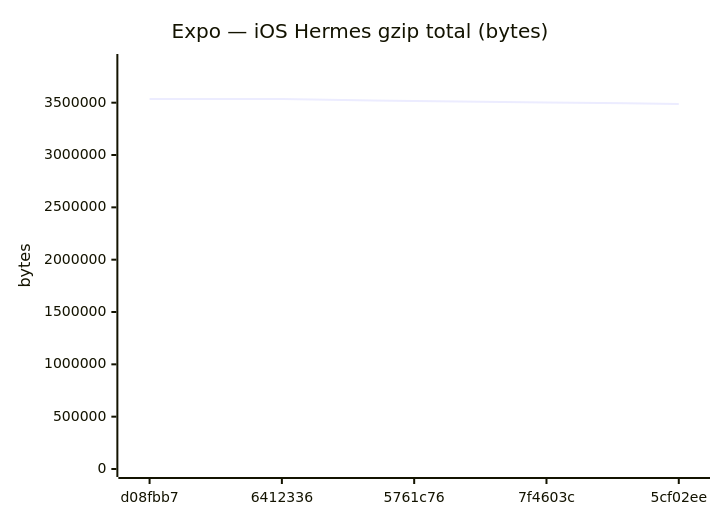
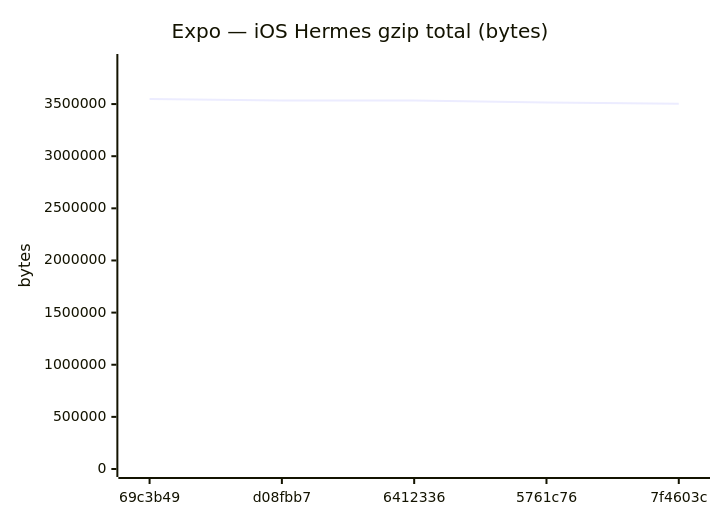
One commit to Metaheurist/Rianell changed diagram 12 of 18 in benchmarks/compare.md. Above: the diagram before and after it, drawn with Mermaid. The commit also changed other lines of this file and 11 other files, not shown here.

````diff
--- a/benchmarks/compare.md
+++ b/benchmarks/compare.md
@@ -179,7 +179,7 @@
 ```mermaid
 xychart-beta
     title "Expo — iOS Hermes gzip total (bytes)"
-    x-axis ["d08fbb7", "6412336", "5761c76", "7f4603c", "5cf02ee"]
-    y-axis "bytes" 0 --> 3888801
-    line [3534279, 3535273, 3515861, 3502937, 3488256]
+    x-axis ["69c3b49", "d08fbb7", "6412336", "5761c76", "7f4603c"]
+    y-axis "bytes" 0 --> 3903463
+    line [3548602, 3534279, 3535273, 3515861, 3502937]
 ```
````
